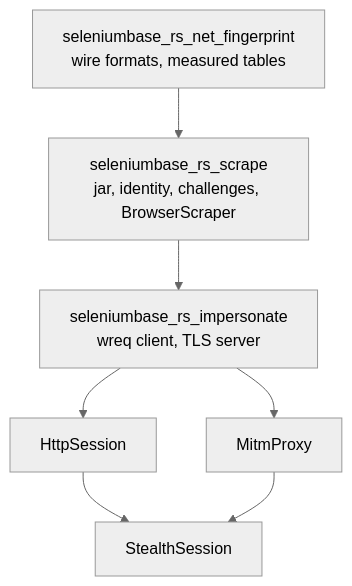
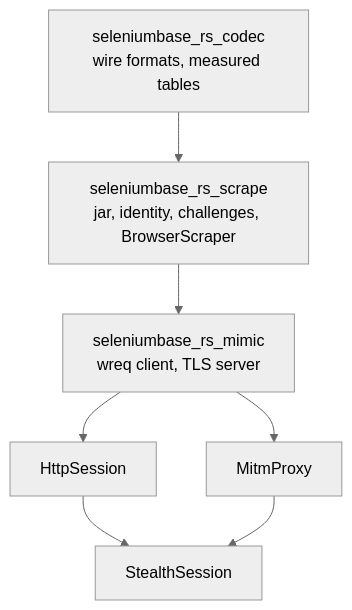
Before and after one commit to MustCodeAl/seleniumbase-rs: the diagram in docs/stealth/overview.md, drawn with Mermaid (neutral theme). The commit also changed other lines of this file and 17 other files, not shown here.

First line of the commit message:
docs: the stealth crates are now seleniumbase-rs-codec, -scrape and -mimic

````diff
--- a/docs/stealth/overview.md
+++ b/docs/stealth/overview.md
@@ -202,15 +204,15 @@
 ```mermaid
 flowchart TD
-    NF["seleniumbase_rs_net_fingerprint<br/>wire formats, measured tables"]
+    NF["seleniumbase_rs_codec<br/>wire formats, measured tables"]
     SC["seleniumbase_rs_scrape<br/>jar, identity, challenges, BrowserScraper"]
-    IM["seleniumbase_rs_impersonate<br/>wreq client, TLS server"]
+    IM["seleniumbase_rs_mimic<br/>wreq client, TLS server"]
     HS["HttpSession"]
     MP["MitmProxy"]
     SS["StealthSession"]
     NF --> SC
     SC --> IM
     IM --> HS
     IM --> MP
     HS --> SS
     MP --> SS
 ```
````
